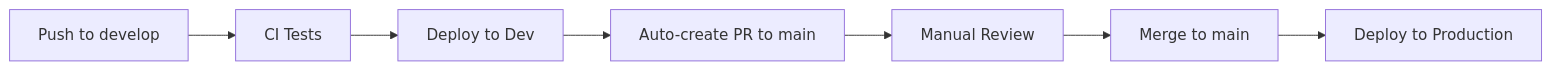
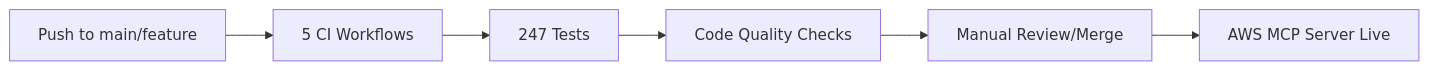
Before and after one commit to bshepp/2014_CS102: the diagram in docs/BRANCH_STRATEGY.md, drawn with Mermaid. The commit also changed other lines of this file and 12 other files, not shown here.

````diff
--- a/docs/BRANCH_STRATEGY.md
+++ b/docs/BRANCH_STRATEGY.md
@@ -37,9 +38,8 @@
 ```mermaid
 graph LR
-    A[Push to develop] --> B[CI Tests]
-    B --> C[Deploy to Dev]
-    C --> D[Auto-create PR to main]
-    D --> E[Manual Review]
-    E --> F[Merge to main]
-    F --> G[Deploy to Production]
+    A[Push to main/feature] --> B[5 CI Workflows]
+    B --> C[247 Tests]
+    C --> D[Code Quality Checks]
+    D --> E[Manual Review/Merge]
+    E --> F[AWS MCP Server Live]
 ```
````
